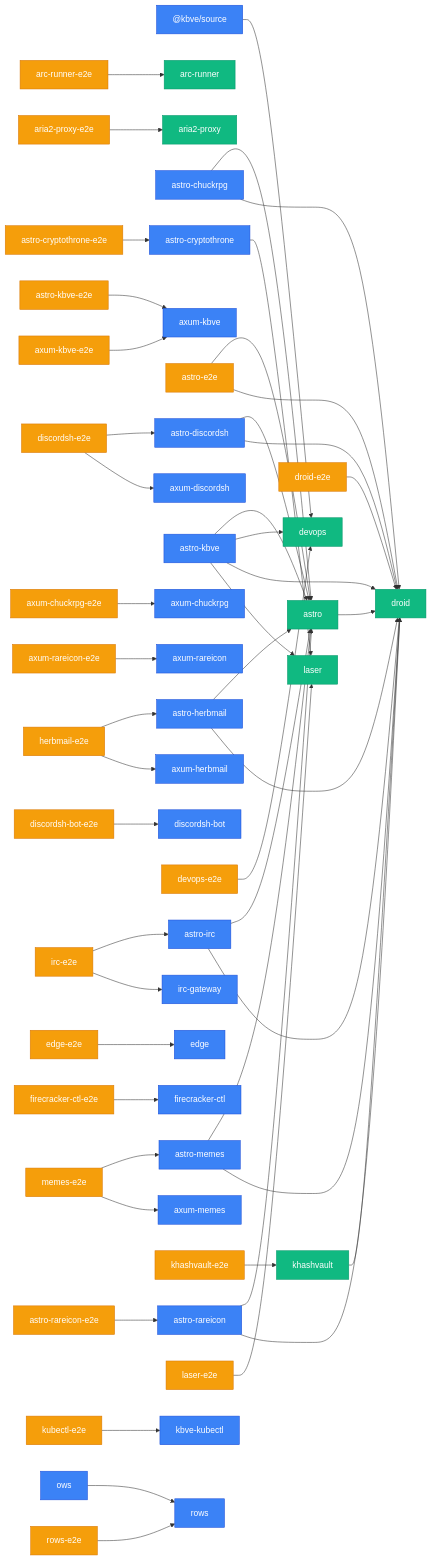
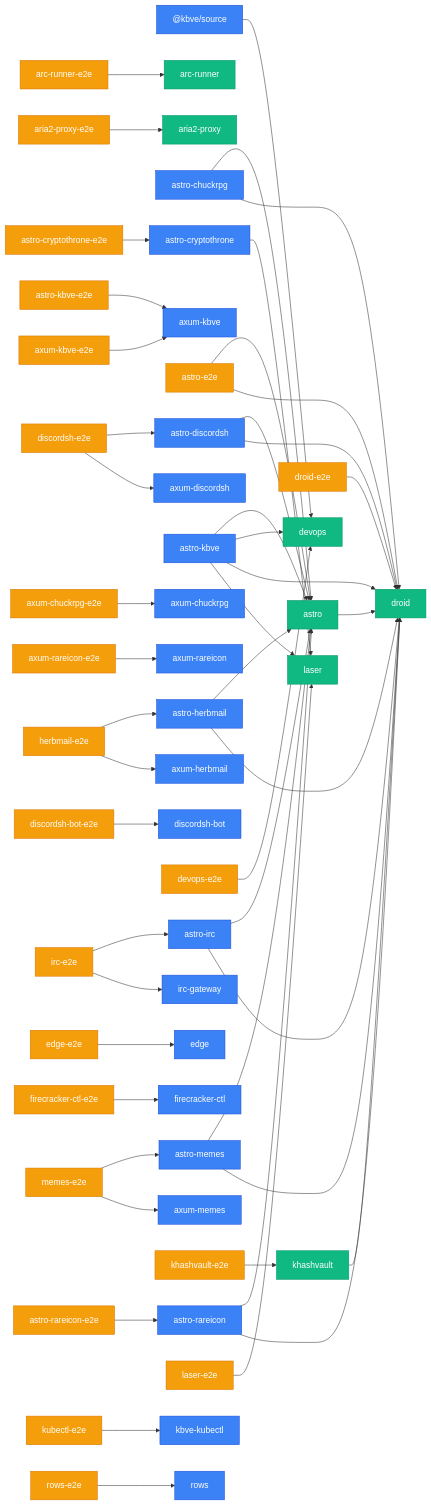
The third of 3 diagrams in apps/kbve/astro-kbve/src/content/docs/dashboard/graph.mdx (KBVE/kbve), drawn with Mermaid before and after one commit. The commit also changed other lines of this file and 8 other files, not shown here.

````diff
--- a/apps/kbve/astro-kbve/src/content/docs/dashboard/graph.mdx
+++ b/apps/kbve/astro-kbve/src/content/docs/dashboard/graph.mdx
@@ -79,57 +79,56 @@
 ```mermaid
 graph LR
     classDef app fill:#3b82f6,stroke:#1d4ed8,color:#fff
     classDef lib fill:#10b981,stroke:#059669,color:#fff
     classDef e2e fill:#f59e0b,stroke:#d97706,color:#fff
     _kbve_source["@kbve/source"] --> devops["devops"]
     arc_runner_e2e["arc-runner-e2e"] --> arc_runner["arc-runner"]
     aria2_proxy_e2e["aria2-proxy-e2e"] --> aria2_proxy["aria2-proxy"]
     astro["astro"] --> droid["droid"]
     astro_chuckrpg["astro-chuckrpg"] --> astro["astro"]
     astro_chuckrpg["astro-chuckrpg"] --> droid["droid"]
     astro_cryptothrone["astro-cryptothrone"] --> laser["laser"]
     astro_cryptothrone_e2e["astro-cryptothrone-e2e"] --> astro_cryptothrone["astro-cryptothrone"]
     astro_discordsh["astro-discordsh"] --> astro["astro"]
     astro_discordsh["astro-discordsh"] --> droid["droid"]
     astro_e2e["astro-e2e"] --> astro["astro"]
     astro_e2e["astro-e2e"] --> droid["droid"]
     astro_herbmail["astro-herbmail"] --> astro["astro"]
     astro_herbmail["astro-herbmail"] --> droid["droid"]
     astro_irc["astro-irc"] --> astro["astro"]
     astro_irc["astro-irc"] --> droid["droid"]
     astro_kbve["astro-kbve"] --> astro["astro"]
     astro_kbve["astro-kbve"] --> devops["devops"]
     astro_kbve["astro-kbve"] --> droid["droid"]
     astro_kbve["astro-kbve"] --> laser["laser"]
     astro_kbve_e2e["astro-kbve-e2e"] --> axum_kbve["axum-kbve"]
     astro_memes["astro-memes"] --> astro["astro"]
     astro_memes["astro-memes"] --> droid["droid"]
     astro_rareicon["astro-rareicon"] --> astro["astro"]
     astro_rareicon["astro-rareicon"] --> droid["droid"]
     astro_rareicon_e2e["astro-rareicon-e2e"] --> astro_rareicon["astro-rareicon"]
     axum_chuckrpg_e2e["axum-chuckrpg-e2e"] --> axum_chuckrpg["axum-chuckrpg"]
     axum_kbve_e2e["axum-kbve-e2e"] --> axum_kbve["axum-kbve"]
     axum_rareicon_e2e["axum-rareicon-e2e"] --> axum_rareicon["axum-rareicon"]
     devops_e2e["devops-e2e"] --> devops["devops"]
     discordsh_bot_e2e["discordsh-bot-e2e"] --> discordsh_bot["discordsh-bot"]
     discordsh_e2e["discordsh-e2e"] --> astro_discordsh["astro-discordsh"]
     discordsh_e2e["discordsh-e2e"] --> axum_discordsh["axum-discordsh"]
     droid_e2e["droid-e2e"] --> droid["droid"]
     edge_e2e["edge-e2e"] --> edge["edge"]
     firecracker_ctl_e2e["firecracker-ctl-e2e"] --> firecracker_ctl["firecracker-ctl"]
     herbmail_e2e["herbmail-e2e"] --> astro_herbmail["astro-herbmail"]
     herbmail_e2e["herbmail-e2e"] --> axum_herbmail["axum-herbmail"]
     irc_e2e["irc-e2e"] --> astro_irc["astro-irc"]
     irc_e2e["irc-e2e"] --> irc_gateway["irc-gateway"]
     khashvault["khashvault"] --> droid["droid"]
     khashvault_e2e["khashvault-e2e"] --> khashvault["khashvault"]
     kubectl_e2e["kubectl-e2e"] --> kbve_kubectl["kbve-kubectl"]
     laser_e2e["laser-e2e"] --> laser["laser"]
     memes_e2e["memes-e2e"] --> astro_memes["astro-memes"]
     memes_e2e["memes-e2e"] --> axum_memes["axum-memes"]
-    ows["ows"] --> rows["rows"]
     rows_e2e["rows-e2e"] --> rows["rows"]
-    class _kbve_source,angelscript,astro_chuckrpg,astro_cryptothrone,astro_discordsh,astro_herbmail,astro_irc,astro_kbve,astro_memes,astro_rareicon,axum_chuckrpg,axum_cryptothrone,axum_discordsh,axum_herbmail,axum_kbve,axum_memes,axum_rareicon,cryptothrone,desktop_kbve,discordsh,discordsh_bot,edge,firecracker_ctl,herbmail,iot_edge_worker,irc,irc_gateway,isometric,kbve_kubectl,kilobase,mc,mc_lobby,mc_velocity,memes,notification_bot,ows,pydesk,rows,unity_rareicon app
+    class _kbve_source,angelscript,astro_chuckrpg,astro_cryptothrone,astro_discordsh,astro_herbmail,astro_irc,astro_kbve,astro_memes,astro_rareicon,axum_chuckrpg,axum_cryptothrone,axum_discordsh,axum_herbmail,axum_kbve,axum_memes,axum_rareicon,cryptothrone,desktop_kbve,discordsh,discordsh_bot,edge,firecracker_ctl,herbmail,iot_edge_worker,irc,irc_gateway,isometric,kbve_kubectl,kilobase,mc,mc_lobby,mc_velocity,memes,notification_bot,pydesk,rows,unity_rareicon app
     class arc_runner,aria2_proxy,astro,bevy_battle,bevy_behavior,bevy_cam,bevy_chat,bevy_db,bevy_inventory,bevy_items,bevy_kbve_net,bevy_mapdb,bevy_npc,bevy_pathfinder,bevy_player,bevy_quests,bevy_skills,bevy_statemachine,bevy_supa,bevy_tasker,chisel_ubuntu_axum,data_proto,data_sql,devops,droid,erust,firecracker_node_web,firecracker_python_net,firecracker_python_web,holy,jedi,kasm_cloakbrowser,kbve,khashvault,laser,python_fudster,python_kbve,q,steamcmd_ubuntu,uniti lib
     class arc_runner_e2e,aria2_proxy_e2e,astro_cryptothrone_e2e,astro_e2e,astro_kbve_e2e,astro_rareicon_e2e,axum_chuckrpg_e2e,axum_kbve_e2e,axum_rareicon_e2e,devops_e2e,discordsh_bot_e2e,discordsh_e2e,droid_e2e,edge_e2e,firecracker_ctl_e2e,herbmail_e2e,irc_e2e,khashvault_e2e,kubectl_e2e,laser_e2e,memes_e2e,rows_e2e e2e
 ```
````
